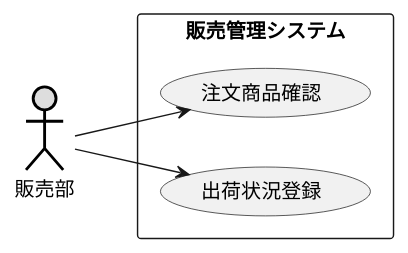
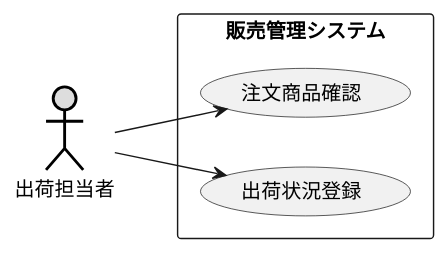
The diagram in 演習2-5_盛岡商事_販売管理システム.pu (orenouserNamehaKawamura1/uml-introduction), drawn with PlantUML before and after one commit.

Commit message:
修正

```diff
--- a/演習2-5_盛岡商事_販売管理システム.pu
+++ b/演習2-5_盛岡商事_販売管理システム.pu
@@ -1,10 +1,10 @@
 @startuml 演習2-5
     left to right direction
-    actor 販売部 #DDDDDD;line:black;line.bold;
+    actor 出荷担当者 #DDDDDD;line:black;line.bold;
     rectangle 販売管理システム{
         usecase 注文商品確認 as confirm
         usecase 出荷状況登録 as register
     }
-    販売部 --> confirm 
-    販売部 --> register
+    出荷担当者 --> confirm 
+    出荷担当者 --> register
 @enduml
```
